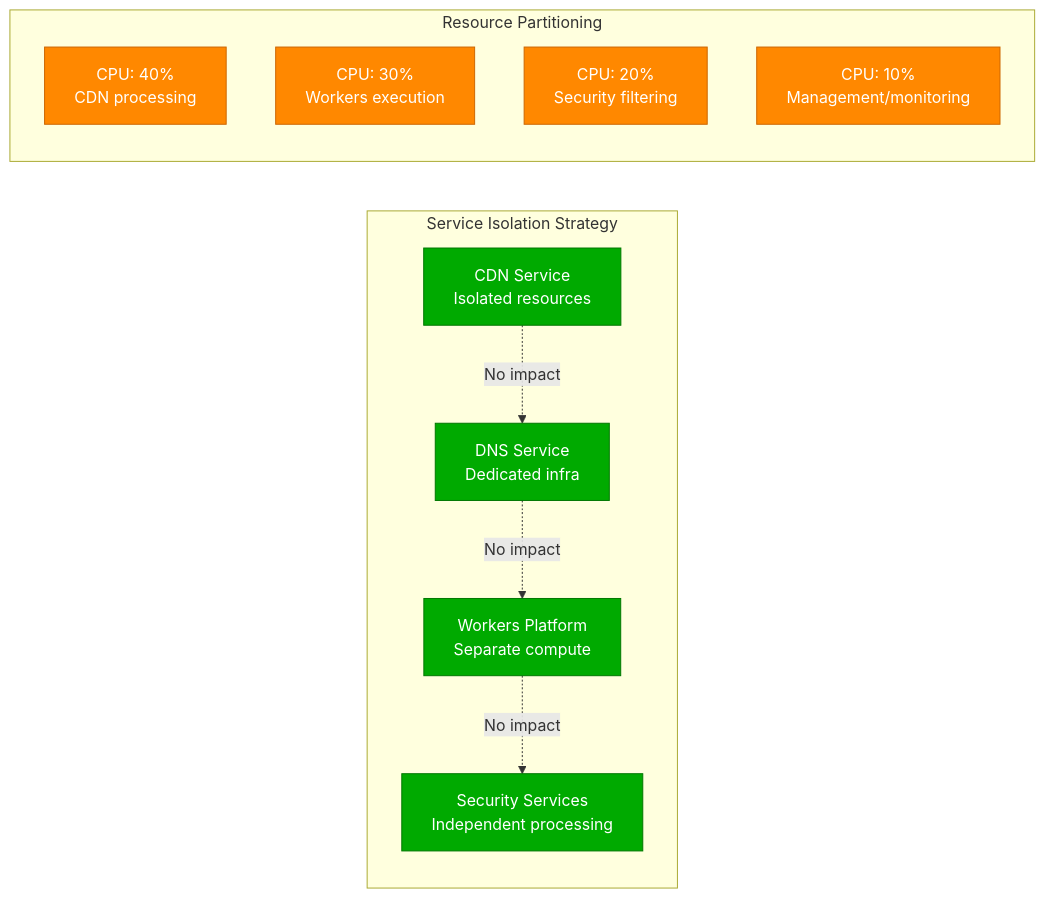
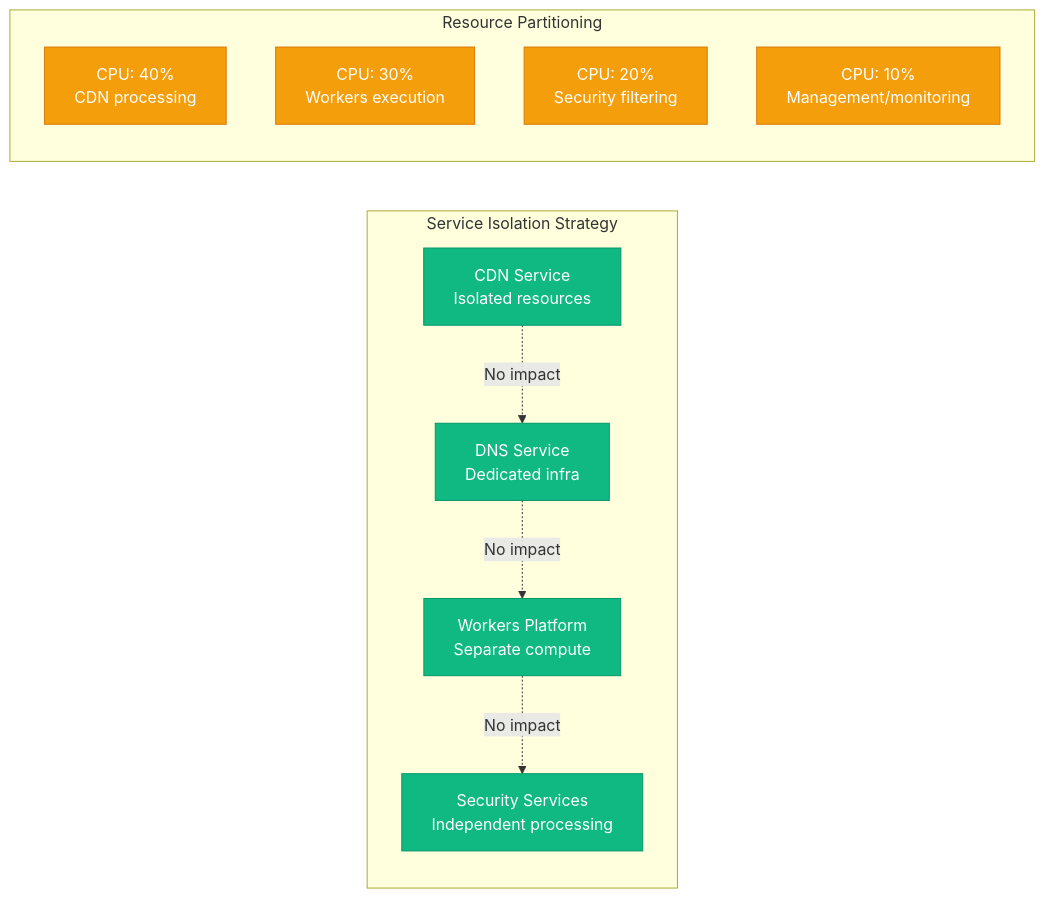
One commit to deepaucksharma/DS changed the sixth of 8 diagrams in site/docs/systems/cloudflare/failure-domains.md. Above: the diagram before and after it, drawn with Mermaid. The commit also changed other lines of this file and 303 other files, not shown here.

````diff
--- a/site/docs/systems/cloudflare/failure-domains.md
+++ b/site/docs/systems/cloudflare/failure-domains.md
@@ -228,27 +228,27 @@
 ```mermaid
 graph LR
     subgraph "Service Isolation Strategy"
         CDN[CDN Service<br/>Isolated resources]
         DNS[DNS Service<br/>Dedicated infra]
         WORKERS[Workers Platform<br/>Separate compute]
         SECURITY[Security Services<br/>Independent processing]
 
         CDN -.->|No impact| DNS
         DNS -.->|No impact| WORKERS
         WORKERS -.->|No impact| SECURITY
     end
 
     subgraph "Resource Partitioning"
         CPU_CDN[CPU: 40%<br/>CDN processing]
         CPU_WORKERS[CPU: 30%<br/>Workers execution]
         CPU_SECURITY[CPU: 20%<br/>Security filtering]
         CPU_MGMT[CPU: 10%<br/>Management/monitoring]
     end
 
     %% Apply colors
-    classDef serviceStyle fill:#00AA00,stroke:#007700,color:#fff
-    classDef resourceStyle fill:#FF8800,stroke:#CC6600,color:#fff
+    classDef serviceStyle fill:#10B981,stroke:#059669,color:#fff
+    classDef resourceStyle fill:#F59E0B,stroke:#D97706,color:#fff
 
     class CDN,DNS,WORKERS,SECURITY serviceStyle
     class CPU_CDN,CPU_WORKERS,CPU_SECURITY,CPU_MGMT resourceStyle
 ```
````
